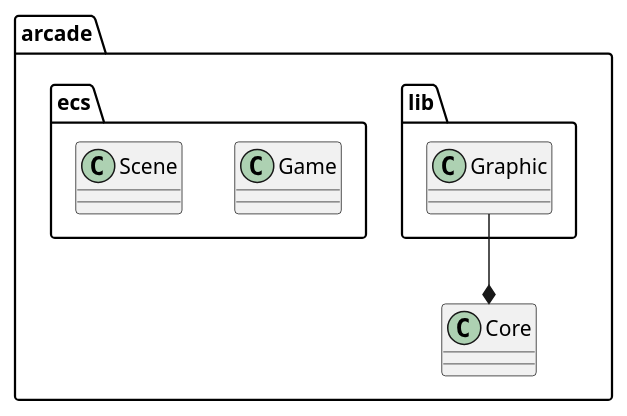
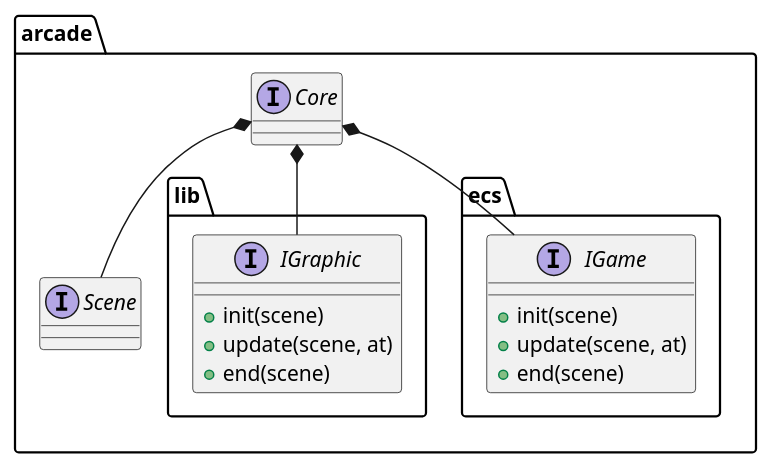
Before and after one commit to Pebloop/Arcade-Toulouse: the diagram in doc/class_arcade.pu, drawn with PlantUML. The commit also changed 6 other files, not shown here.

```diff
--- a/doc/class_arcade.pu
+++ b/doc/class_arcade.pu
@@ -1,29 +1,35 @@
 @startuml core
 
 set namespaceSeparator ::
 
 namespace arcade {
-    class Core {
+    interface Core {
         
     }
 
     namespace lib {
-        class Graphic {
-
+        interface IGraphic {
+            + init(scene)
+            + update(scene, at)
+            + end(scene)
         }
     }
 
     namespace ecs {
-        class Game {
-            
-        }
-
-        class Scene {
-            
+        interface IGame {
+            + init(scene)
+            + update(scene, at)
+            + end(scene)
         }
     }
-    
-    Graphic --* Core
+
+    interface Scene {
+        
+    }
+
+    arcade::lib::IGraphic -up-* arcade::Core
+    arcade::ecs::IGame -up-* arcade::Core
+    arcade::Scene -up-* arcade::Core
 }
 
 @enduml
```
